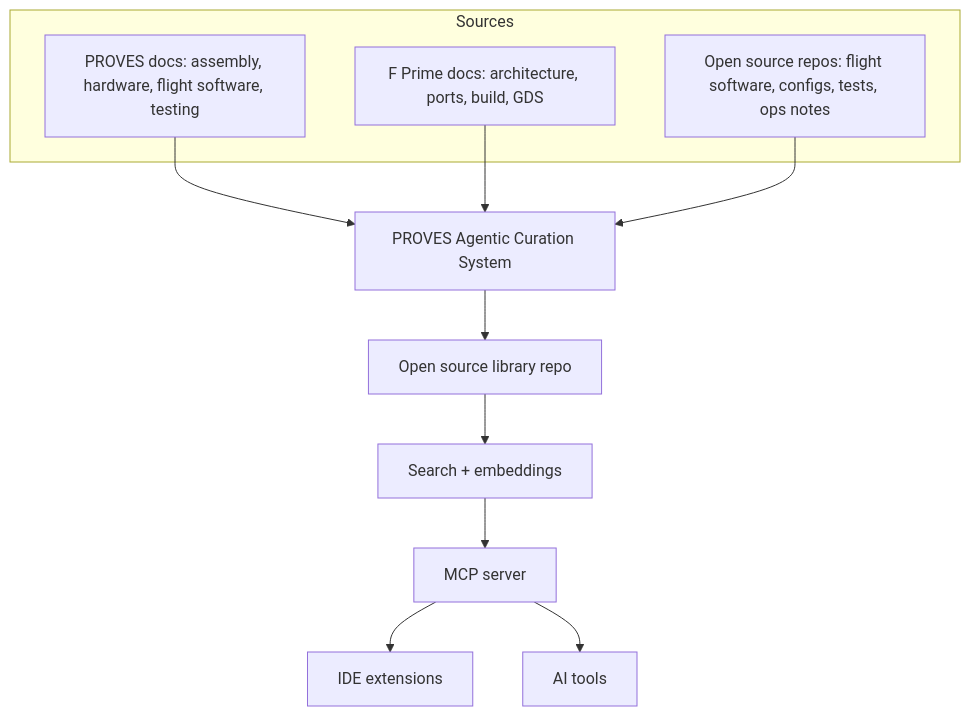
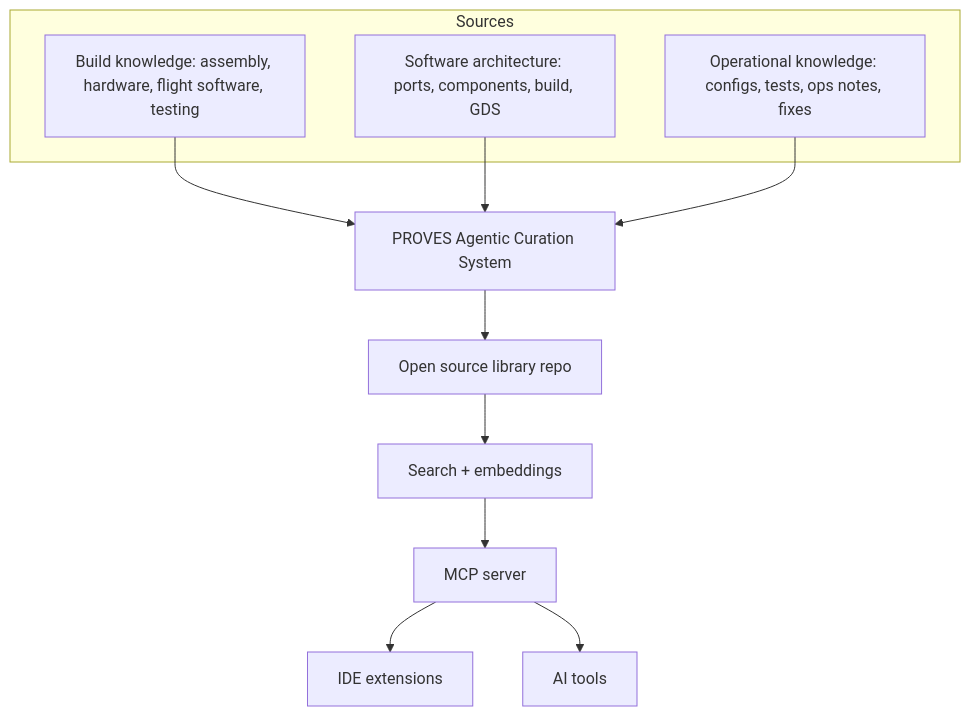
One commit to Lizo-RoadTown/proveskit-agent changed the first of 2 diagrams in pages/technical.md. Above: the diagram before and after it, drawn with Mermaid. The commit also changed other lines of this file and 5 other files, not shown here.

Commit message:
Clarify knowledge layers and source meaning

````diff
--- a/pages/technical.md
+++ b/pages/technical.md
@@ -19,16 +19,16 @@
 ```mermaid
 graph TB
   subgraph Sources
-    ProvesDocs[PROVES docs: assembly, hardware, flight software, testing]
-    FPrimeDocs[F Prime docs: architecture, ports, build, GDS]
-    OSSRepos[Open source repos: flight software, configs, tests, ops notes]
+    ProvesDocs[Build knowledge: assembly, hardware, flight software, testing]
+    FPrimeDocs[Software architecture: ports, components, build, GDS]
+    OSSRepos[Operational knowledge: configs, tests, ops notes, fixes]
   end
   ProvesDocs --> Curator[PROVES Agentic Curation System]
   FPrimeDocs --> Curator
   OSSRepos --> Curator
   Curator --> Library[Open source library repo]
   Library --> Index[Search + embeddings]
   Index --> MCP[MCP server]
   MCP --> IDE[IDE extensions]
   MCP --> AI[AI tools]
 ```
````
